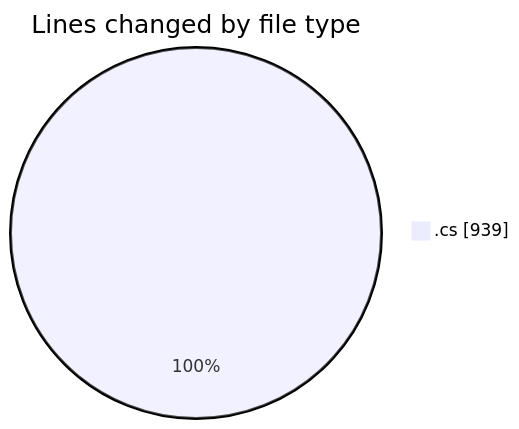
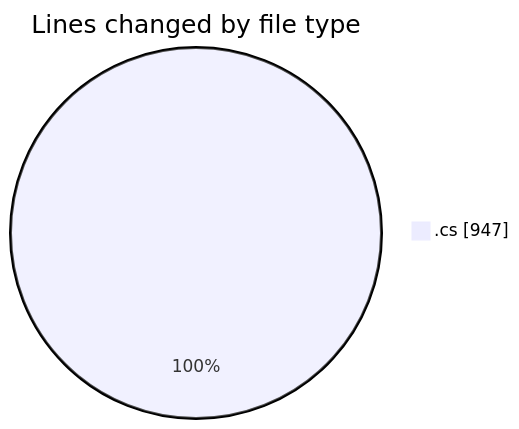
The first of 2 diagrams in 2025-04-06/back-end/README.md (Netris89/code-tracking), drawn with Mermaid before and after one commit. The commit also changed other lines of this file and 1 other file, not shown here.

````diff
--- a/2025-04-06/back-end/README.md
+++ b/2025-04-06/back-end/README.md
@@ -25,5 +25,5 @@
 ```mermaid
 pie showData
 title Lines changed by file type
-".cs" : 939
+".cs" : 947
 ```
````
